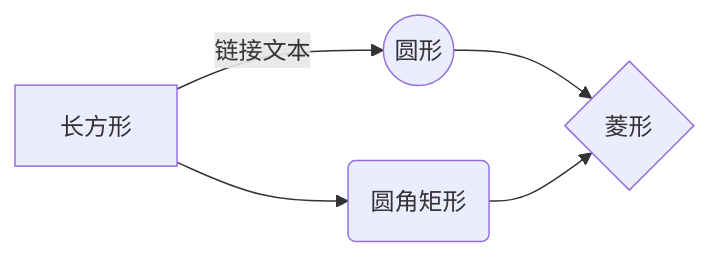
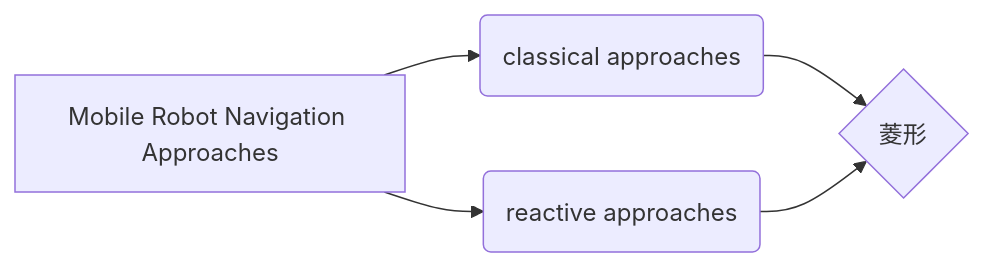
One commit to yn-yn/Files changed the diagram in 8、路径规划.md. Above: the diagram before and after it, drawn with Mermaid. The commit also changed other lines of this file, not shown here.

Commit message:
8、路径规划.md updated from https://stackedit.cn/

````diff
--- a/8、路径规划.md
+++ b/8、路径规划.md
@@ -11,7 +11,7 @@
 ```mermaid
 graph LR
-A[长方形] -- 链接文本 --> B((圆形))
-A --> C(圆角矩形)
+A[Mobile Robot Navigation Approaches] --> B(classical approaches)
+A --> C(reactive approaches)
 B --> D{菱形}
 C --> D
 ```
````
